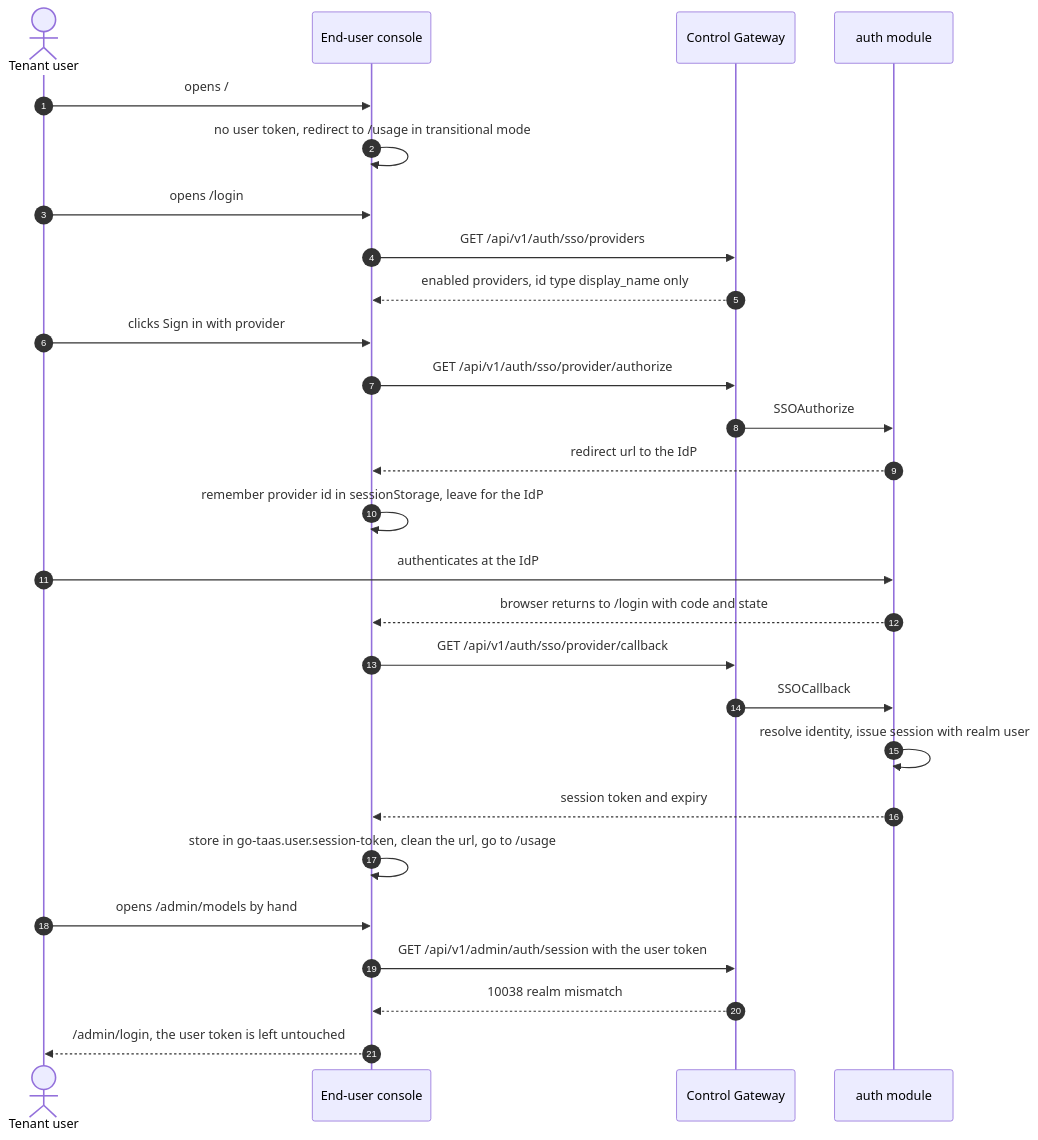
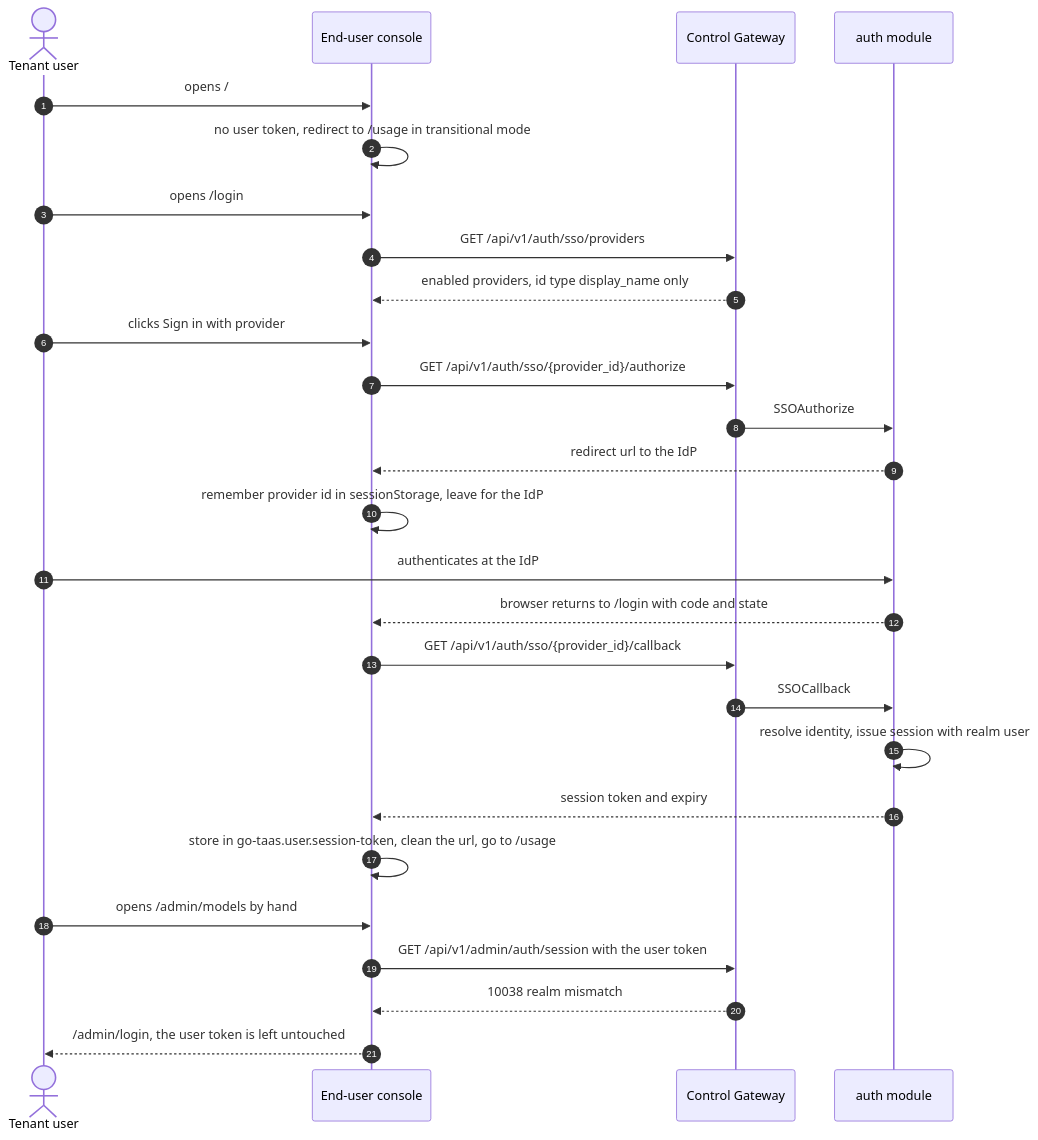
One commit to go-taas/go-taas changed the second of 2 diagrams in site/docs/design/console-surface-separation.md. Above: the diagram before and after it, drawn with Mermaid. The commit also changed other lines of this file and 209 other files, not shown here.

````diff
--- a/site/docs/design/console-surface-separation.md
+++ b/site/docs/design/console-surface-separation.md
@@ -350,30 +350,30 @@
 ```mermaid
 sequenceDiagram
     autonumber
     actor Tenant as Tenant user
     participant UC as End-user console
     participant CGW as Control Gateway
     participant Auth as auth module
 
     Tenant->>UC: opens /
     UC->>UC: no user token, redirect to /usage in transitional mode
     Tenant->>UC: opens /login
     UC->>CGW: GET /api/v1/auth/sso/providers
     CGW-->>UC: enabled providers, id type display_name only
     Tenant->>UC: clicks Sign in with provider
-    UC->>CGW: GET /api/v1/auth/sso/provider/authorize
+    UC->>CGW: GET /api/v1/auth/sso/{provider_id}/authorize
     CGW->>Auth: SSOAuthorize
     Auth-->>UC: redirect url to the IdP
     UC->>UC: remember provider id in sessionStorage, leave for the IdP
     Tenant->>Auth: authenticates at the IdP
     Auth-->>UC: browser returns to /login with code and state
-    UC->>CGW: GET /api/v1/auth/sso/provider/callback
+    UC->>CGW: GET /api/v1/auth/sso/{provider_id}/callback
     CGW->>Auth: SSOCallback
     Auth->>Auth: resolve identity, issue session with realm user
     Auth-->>UC: session token and expiry
     UC->>UC: store in go-taas.user.session-token, clean the url, go to /usage
     Tenant->>UC: opens /admin/models by hand
     UC->>CGW: GET /api/v1/admin/auth/session with the user token
     CGW-->>UC: 10038 realm mismatch
     UC-->>Tenant: /admin/login, the user token is left untouched
 ```
````
